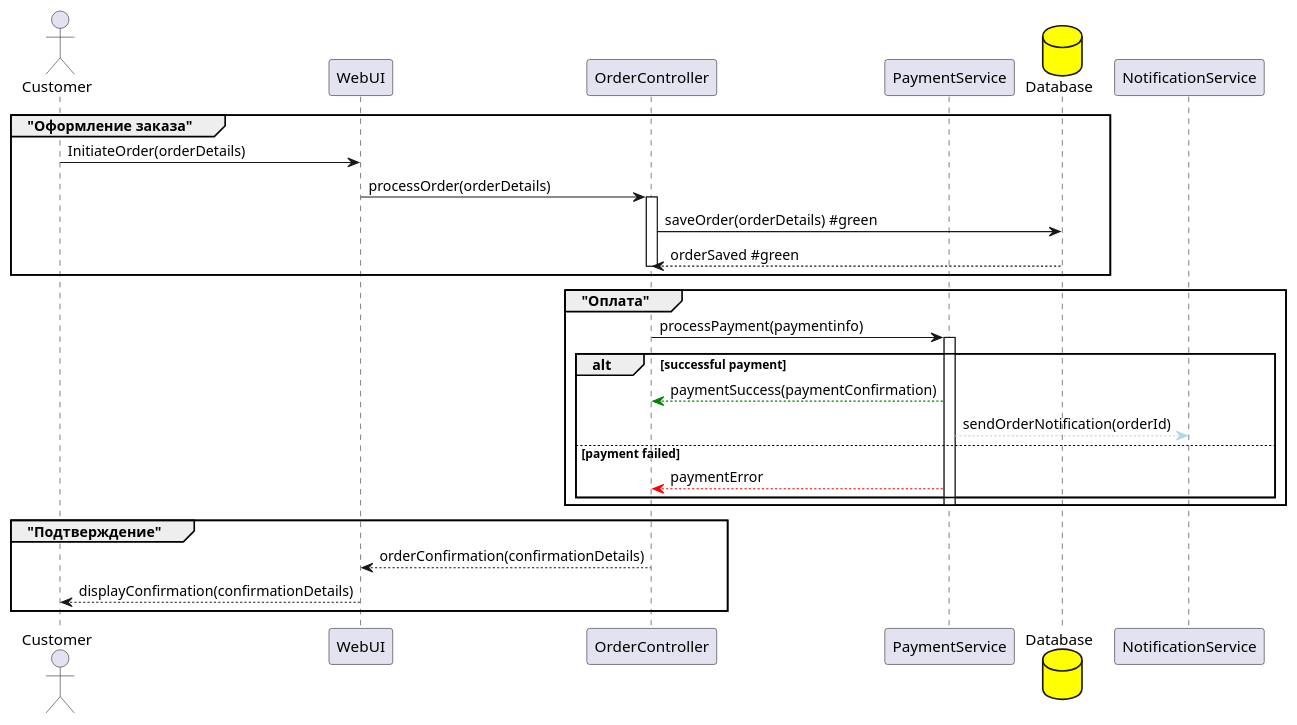
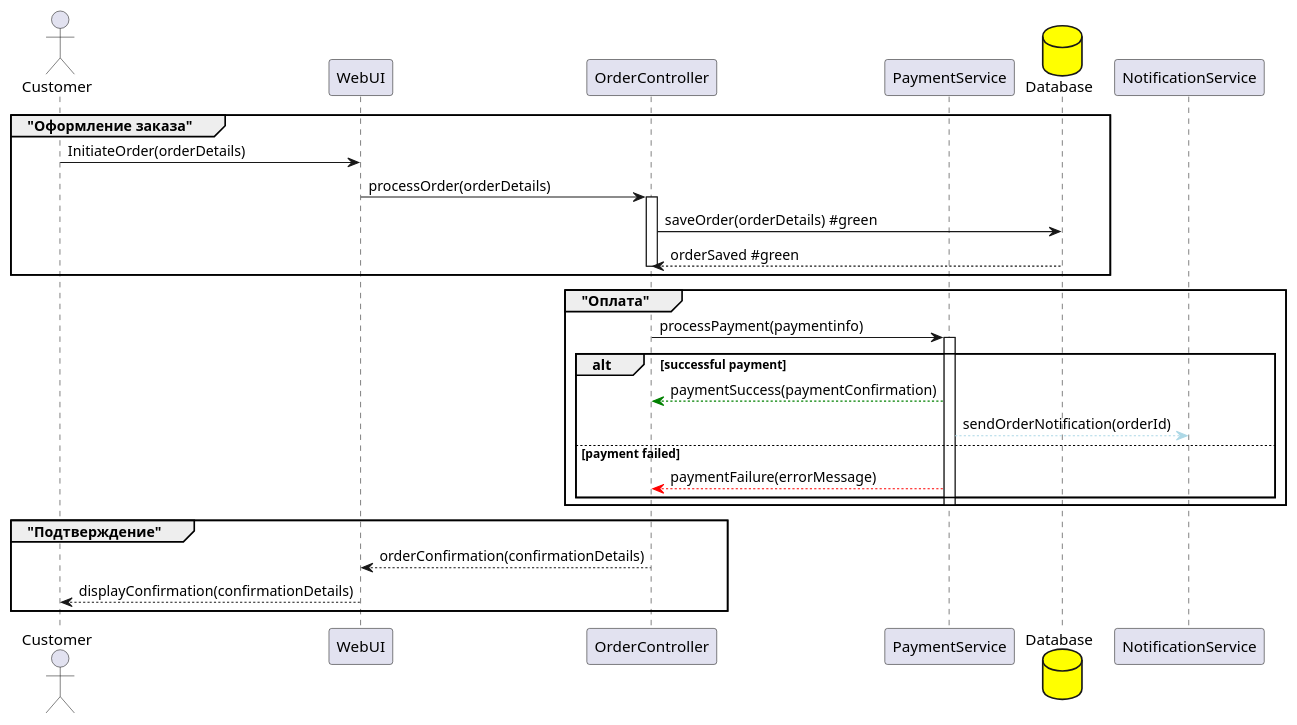
Before and after one commit to SDG232/uml-diagrams: the diagram in homework2/second_step.puml, drawn with PlantUML.

Commit message:
Second step

```diff
--- a/homework2/second_step.puml
+++ b/homework2/second_step.puml
@@ -1,40 +1,40 @@
 @startuml step2
 skinparam databaseBackgroundColor #yellow
 
 
 actor Customer
 participant WebUI
 participant OrderController
 participant PaymentService
 database Database 
 participant NotificationService
 
 group "Оформление заказа" 
     Customer -> WebUI: InitiateOrder(orderDetails)
     WebUI -> OrderController: processOrder(orderDetails)
     activate OrderController
     OrderController -> Database: saveOrder(orderDetails) #green
     Database --> OrderController: orderSaved #green
     deactivate OrderController
 end
 
 group "Оплата" 
   activate OrderController
   OrderController -> PaymentService: processPayment(paymentinfo)
   activate PaymentService
   alt successful payment
     PaymentService --[#green]> OrderController : paymentSuccess(paymentConfirmation)
     PaymentService --[#LightBlue]> NotificationService : sendOrderNotification(orderId)
   else payment failed
-    PaymentService --[#red]> OrderController: paymentError 
+    PaymentService --[#red]> OrderController: paymentFailure(errorMessage) 
   end
   deactivate PaymentService
   deactivate OrderController
 end
 
 group "Подтверждение" 
   OrderController --> WebUI: orderConfirmation(confirmationDetails)
   WebUI --> Customer: displayConfirmation(confirmationDetails)
 end
 
 @enduml
```
